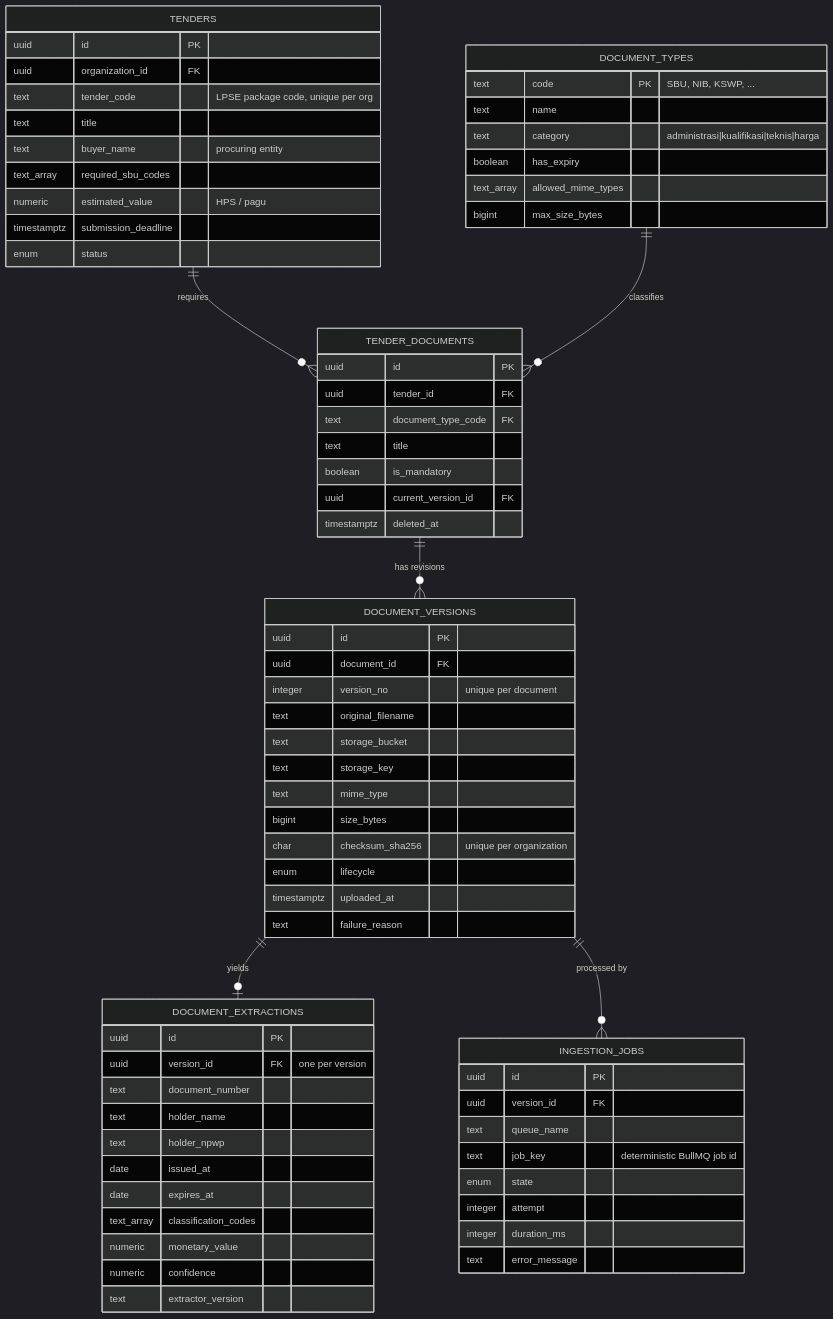
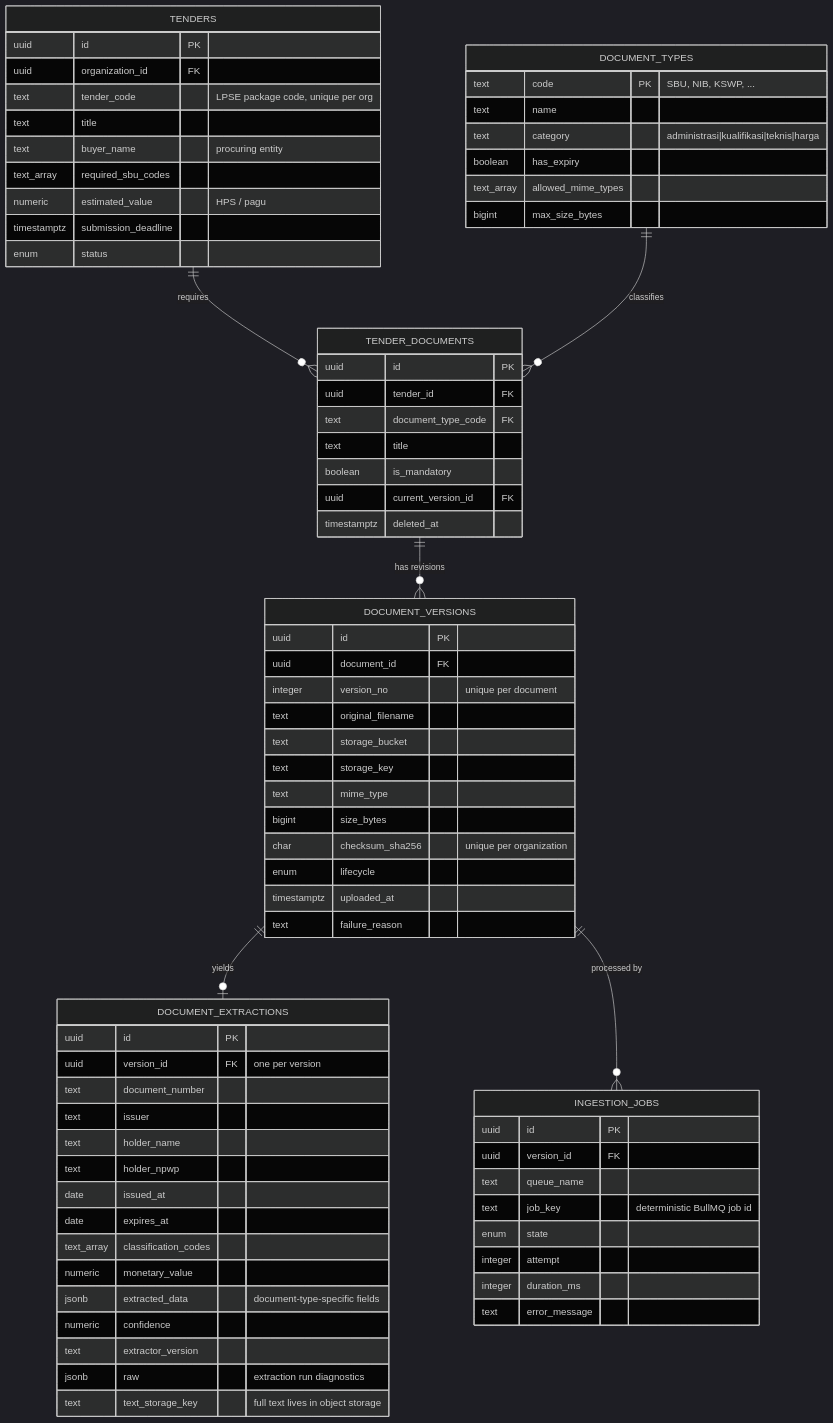
The second of 3 diagrams in docs/ERD.md (satryawiguna/vantedge-bid), drawn with Mermaid (dark theme) before and after one commit. The commit also changed other lines of this file and 11 other files, not shown here.

````diff
--- a/docs/ERD.md
+++ b/docs/ERD.md
@@ -47,74 +47,78 @@
 ```mermaid
 erDiagram
     TENDERS {
         uuid        id PK
         uuid        organization_id FK
         text        tender_code     "LPSE package code, unique per org"
         text        title
         text        buyer_name      "procuring entity"
         text_array  required_sbu_codes
         numeric     estimated_value "HPS / pagu"
         timestamptz submission_deadline
         enum        status
     }
     DOCUMENT_TYPES {
         text        code PK         "SBU, NIB, KSWP, ..."
         text        name
         text        category        "administrasi|kualifikasi|teknis|harga"
         boolean     has_expiry
         text_array  allowed_mime_types
         bigint      max_size_bytes
     }
     TENDER_DOCUMENTS {
         uuid        id PK
         uuid        tender_id FK
         text        document_type_code FK
         text        title
         boolean     is_mandatory
         uuid        current_version_id FK
         timestamptz deleted_at
     }
     DOCUMENT_VERSIONS {
         uuid        id PK
         uuid        document_id FK
         integer     version_no      "unique per document"
         text        original_filename
         text        storage_bucket
         text        storage_key
         text        mime_type
         bigint      size_bytes
         char        checksum_sha256 "unique per organization"
         enum        lifecycle
         timestamptz uploaded_at
         text        failure_reason
     }
     DOCUMENT_EXTRACTIONS {
         uuid        id PK
         uuid        version_id FK   "one per version"
         text        document_number
+        text        issuer
         text        holder_name
         text        holder_npwp
         date        issued_at
         date        expires_at
         text_array  classification_codes
         numeric     monetary_value
+        jsonb       extracted_data  "document-type-specific fields"
         numeric     confidence
         text        extractor_version
+        jsonb       raw             "extraction run diagnostics"
+        text        text_storage_key "full text lives in object storage"
     }
     INGESTION_JOBS {
         uuid        id PK
         uuid        version_id FK
         text        queue_name
         text        job_key         "deterministic BullMQ job id"
         enum        state
         integer     attempt
         integer     duration_ms
         text        error_message
     }
 
     TENDERS ||--o{ TENDER_DOCUMENTS : requires
     DOCUMENT_TYPES ||--o{ TENDER_DOCUMENTS : classifies
     TENDER_DOCUMENTS ||--o{ DOCUMENT_VERSIONS : "has revisions"
     DOCUMENT_VERSIONS ||--o| DOCUMENT_EXTRACTIONS : yields
     DOCUMENT_VERSIONS ||--o{ INGESTION_JOBS : "processed by"
 ```
````
